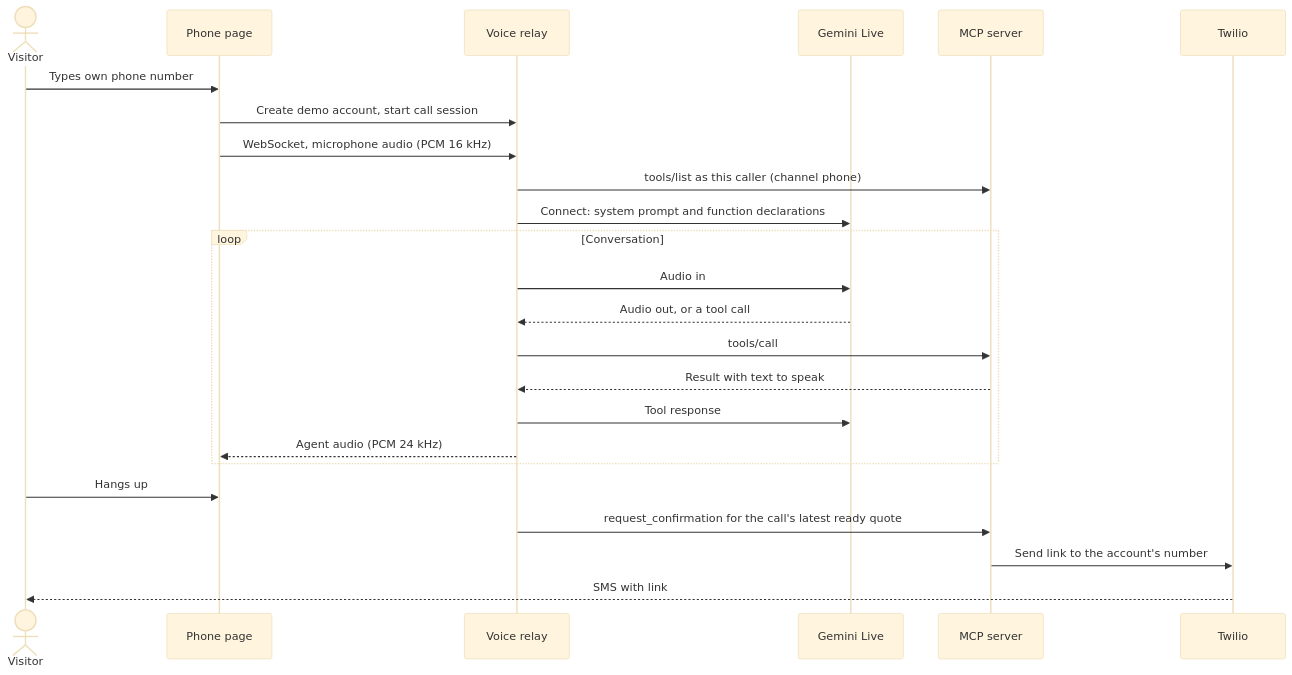
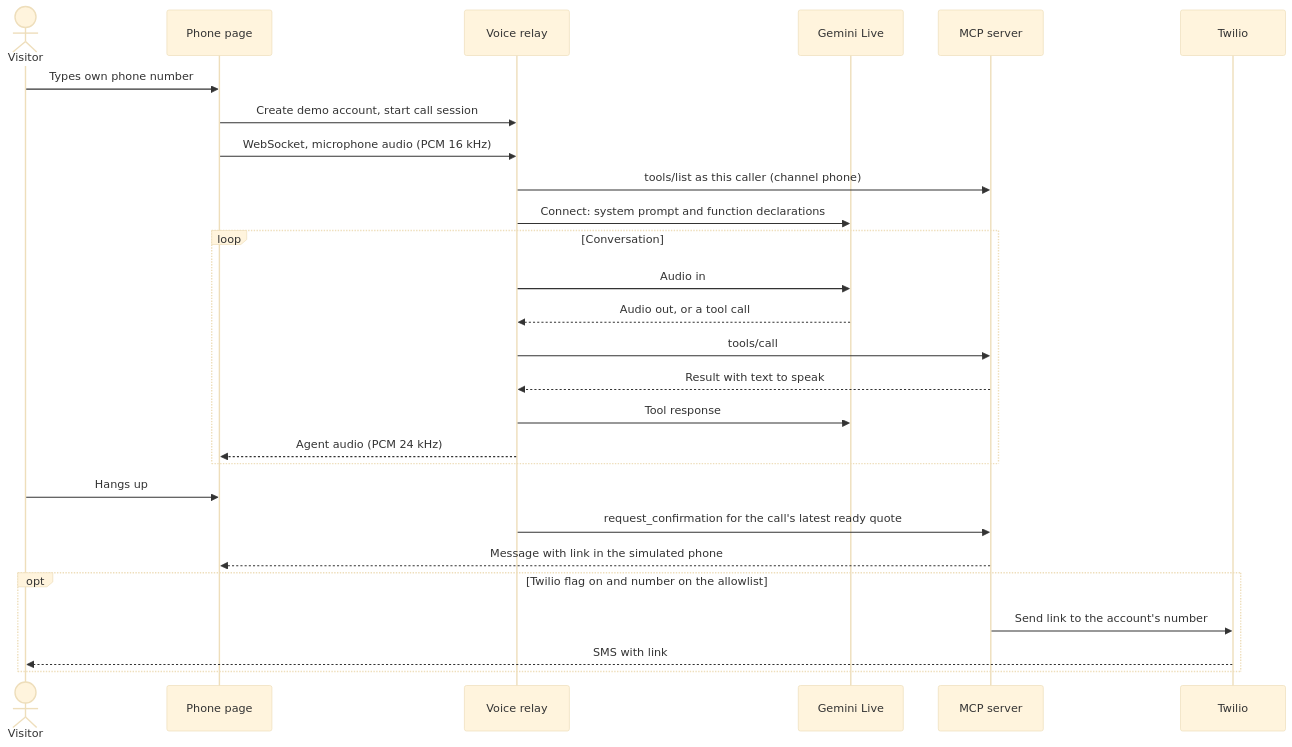
Before and after one commit to Mankeli-Software/junction-2026: the second of 2 diagrams in technical-plan.md, drawn with Mermaid (base theme). The commit also changed other lines of this file, not shown here.

First line of the commit message:
Split dashboard into public and private, simulated SMS inbox, Key Vault

````diff
--- a/technical-plan.md
+++ b/technical-plan.md
@@ -237,26 +242,29 @@
 ```mermaid
 sequenceDiagram
     actor V as Visitor
     participant P as Phone page
     participant R as Voice relay
     participant G as Gemini Live
     participant M as MCP server
     participant T as Twilio
     V->>P: Types own phone number
     P->>R: Create demo account, start call session
     P->>R: WebSocket, microphone audio (PCM 16 kHz)
     R->>M: tools/list as this caller (channel phone)
     R->>G: Connect: system prompt and function declarations
     loop Conversation
         R->>G: Audio in
         G-->>R: Audio out, or a tool call
         R->>M: tools/call
         M-->>R: Result with text to speak
         R->>G: Tool response
         R-->>P: Agent audio (PCM 24 kHz)
     end
     V->>P: Hangs up
     R->>M: request_confirmation for the call's latest ready quote
-    M->>T: Send link to the account's number
-    T-->>V: SMS with link
+    M-->>P: Message with link in the simulated phone
+    opt Twilio flag on and number on the allowlist
+        M->>T: Send link to the account's number
+        T-->>V: SMS with link
+    end
 ```
````
